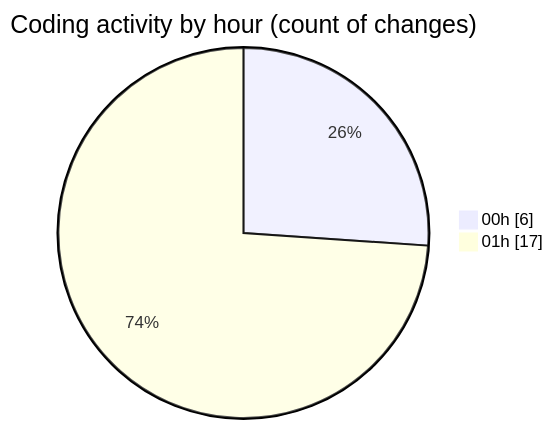
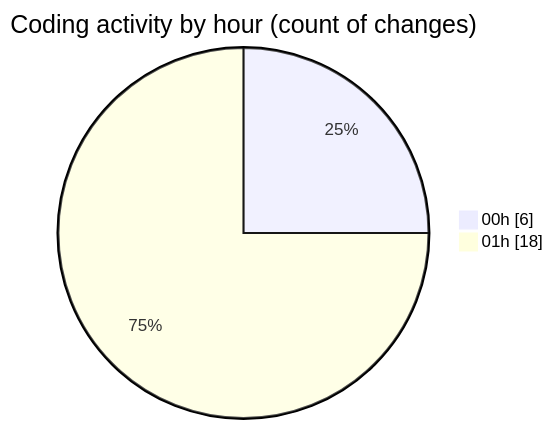
One commit to EIIisD/code-tracking changed the second of 2 diagrams in 2025-07-28/refunds/README.md. Above: the diagram before and after it, drawn with Mermaid. The commit also changed other lines of this file and 1 other file, not shown here.

````diff
--- a/2025-07-28/refunds/README.md
+++ b/2025-07-28/refunds/README.md
@@ -31,6 +31,6 @@
 ```mermaid
 pie showData
 title Coding activity by hour (count of changes)
 "00h" : 6
-"01h" : 17
+"01h" : 18
 ```
````
